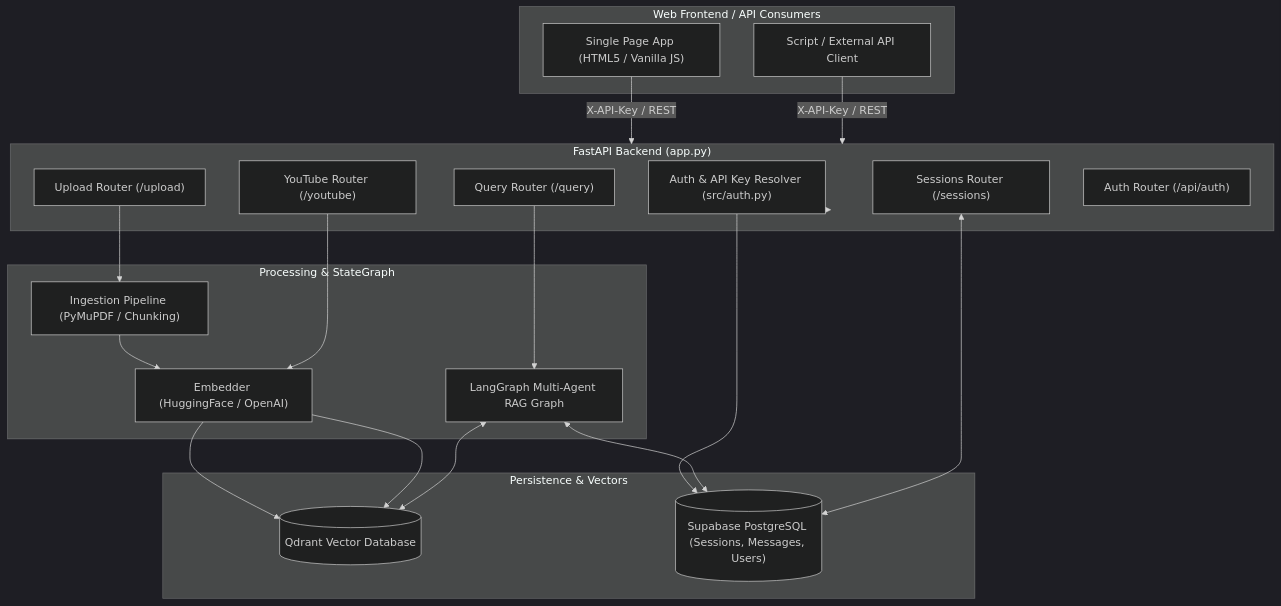
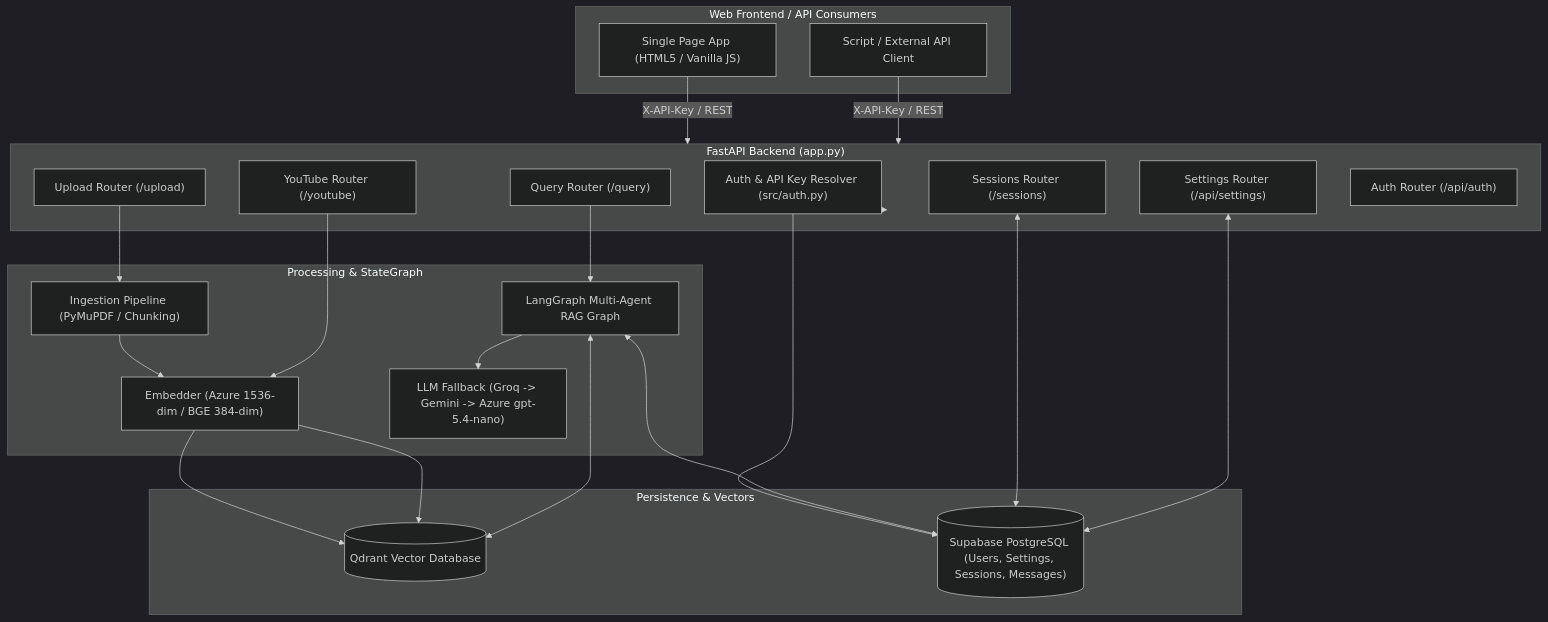
Before and after one commit to arpitkanani/RAG-Project_DocMind: the diagram in README.md, drawn with Mermaid (dark theme). The commit also changed other lines of this file and 100 other files, not shown here.

````diff
--- a/README.md
+++ b/README.md
@@ -31,39 +36,43 @@
 ```mermaid
 flowchart TD
     subgraph Client["Web Frontend / API Consumers"]
         UI["Single Page App (HTML5 / Vanilla JS)"]
         CLI["Script / External API Client"]
     end
 
     subgraph API["FastAPI Backend (app.py)"]
         AuthMiddleware["Auth & API Key Resolver (src/auth.py)"]
         RouterUpload["Upload Router (/upload)"]
         RouterYT["YouTube Router (/youtube)"]
         RouterQuery["Query Router (/query)"]
+        RouterSettings["Settings Router (/api/settings)"]
         RouterSessions["Sessions Router (/sessions)"]
         RouterAuth["Auth Router (/api/auth)"]
     end
 
     subgraph Pipelines["Processing & StateGraph"]
         DocIngest["Ingestion Pipeline (PyMuPDF / Chunking)"]
-        Embedder["Embedder (HuggingFace / OpenAI)"]
+        Embedder["Embedder (Azure 1536-dim / BGE 384-dim)"]
         StateGraph["LangGraph Multi-Agent RAG Graph"]
+        FallbackLLMs["LLM Fallback (Groq -> Gemini -> Azure gpt-5.4-nano)"]
     end
 
     subgraph Storage["Persistence & Vectors"]
         Qdrant[("Qdrant Vector Database")]
-        Postgres[("Supabase PostgreSQL (Sessions, Messages, Users)")]
+        Postgres[("Supabase PostgreSQL (Users, Settings, Sessions, Messages)")]
     end
 
     UI -->|X-API-Key / REST| API
     CLI -->|X-API-Key / REST| API
     API --> AuthMiddleware
     AuthMiddleware --> Postgres
 
     RouterUpload --> DocIngest --> Embedder --> Qdrant
     RouterYT --> Embedder --> Qdrant
     RouterQuery --> StateGraph
+    StateGraph --> FallbackLLMs
     StateGraph <--> Qdrant
     StateGraph <--> Postgres
     RouterSessions <--> Postgres
+    RouterSettings <--> Postgres
 ```
````
